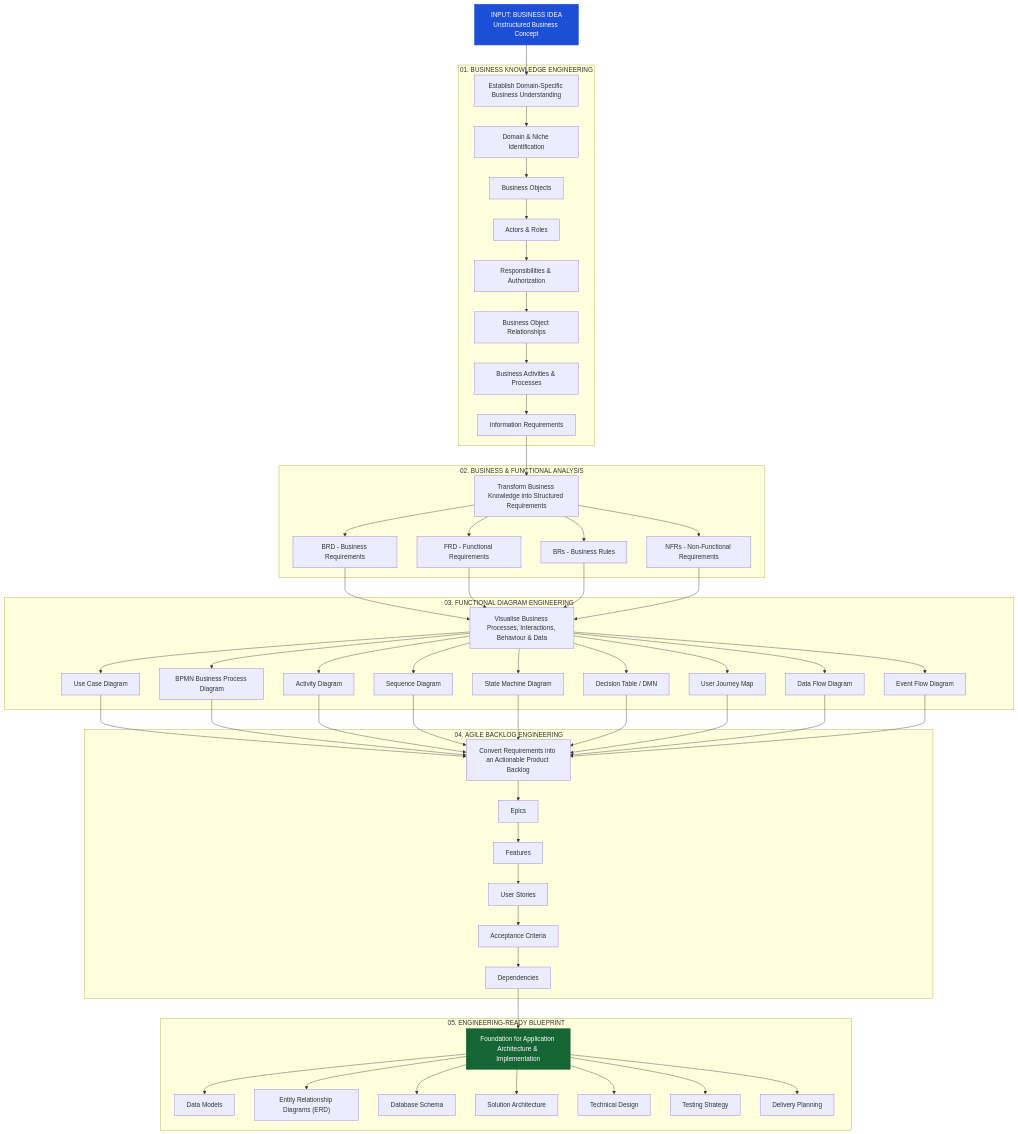
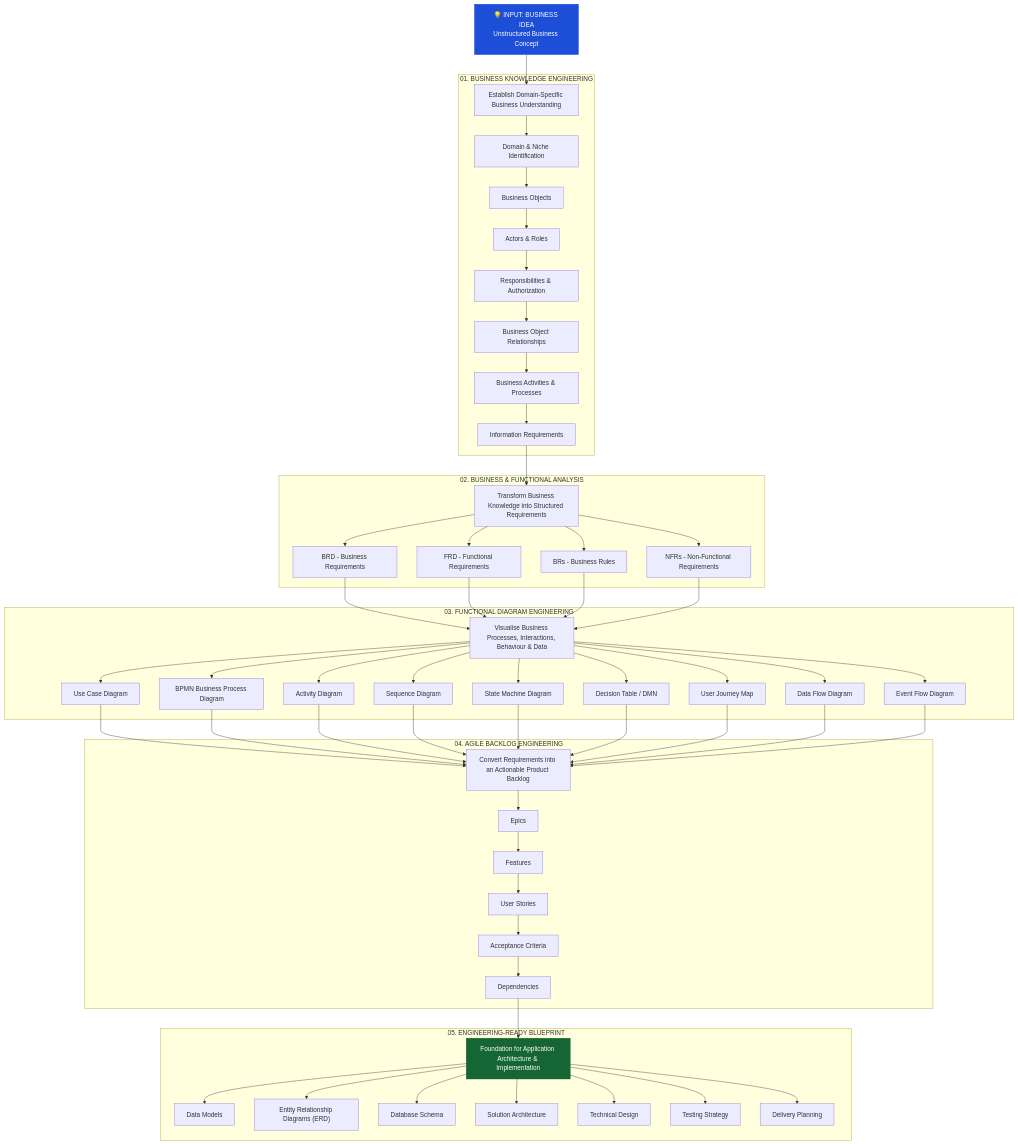
One commit to matt212/Domain-Agnostic-Application-Engineering-Platform changed the first of 2 diagrams in readme.MD. Above: the diagram before and after it, drawn with Mermaid. The commit also changed other lines of this file, not shown here.

````diff
--- a/readme.MD
+++ b/readme.MD
@@ -153,80 +203,80 @@
 ```mermaid
 flowchart TD
-    A["INPUT: BUSINESS IDEA<br/>Unstructured Business Concept"]
+    A["💡 INPUT: BUSINESS IDEA<br/>Unstructured Business Concept"]
 
     A --> B
 
     subgraph S1["01. BUSINESS KNOWLEDGE ENGINEERING"]
         B["Establish Domain-Specific Business Understanding"]
         B --> B1["Domain & Niche Identification"]
         B1 --> B2["Business Objects"]
         B2 --> B3["Actors & Roles"]
         B3 --> B4["Responsibilities & Authorization"]
         B4 --> B5["Business Object Relationships"]
         B5 --> B6["Business Activities & Processes"]
         B6 --> B7["Information Requirements"]
     end
 
     B7 --> C
 
     subgraph S2["02. BUSINESS & FUNCTIONAL ANALYSIS"]
         C["Transform Business Knowledge into Structured Requirements"]
         C --> C1["BRD - Business Requirements"]
         C --> C2["FRD - Functional Requirements"]
         C --> C3["BRs - Business Rules"]
         C --> C4["NFRs - Non-Functional Requirements"]
     end
 
     C1 --> D
     C2 --> D
     C3 --> D
     C4 --> D
 
     subgraph S3["03. FUNCTIONAL DIAGRAM ENGINEERING"]
         D["Visualise Business Processes, Interactions, Behaviour & Data"]
         D --> D1["Use Case Diagram"]
         D --> D2["BPMN Business Process Diagram"]
         D --> D3["Activity Diagram"]
         D --> D4["Sequence Diagram"]
         D --> D5["State Machine Diagram"]
         D --> D6["Decision Table / DMN"]
         D --> D7["User Journey Map"]
         D --> D8["Data Flow Diagram"]
         D --> D9["Event Flow Diagram"]
     end
 
     D1 --> E
     D2 --> E
     D3 --> E
     D4 --> E
     D5 --> E
     D6 --> E
     D7 --> E
     D8 --> E
     D9 --> E
 
     subgraph S4["04. AGILE BACKLOG ENGINEERING"]
         E["Convert Requirements into an Actionable Product Backlog"]
         E --> E1["Epics"]
         E1 --> E2["Features"]
         E2 --> E3["User Stories"]
         E3 --> E4["Acceptance Criteria"]
         E4 --> E5["Dependencies"]
     end
 
     E5 --> F
 
     subgraph S5["05. ENGINEERING-READY BLUEPRINT"]
         F["Foundation for Application Architecture & Implementation"]
         F --> F1["Data Models"]
         F --> F2["Entity Relationship Diagrams (ERD)"]
         F --> F3["Database Schema"]
         F --> F4["Solution Architecture"]
         F --> F5["Technical Design"]
         F --> F6["Testing Strategy"]
         F --> F7["Delivery Planning"]
     end
 
     style A fill:#1d4ed8,color:#fff,stroke:#1d4ed8
     style F fill:#166534,color:#fff,stroke:#166534
 ```
````
